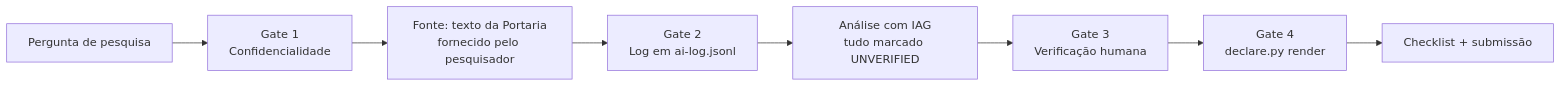
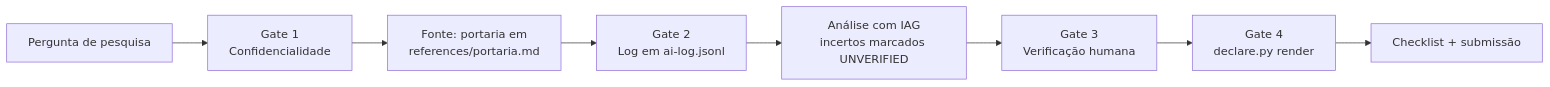
The diagram in docs/demo.md (haquiticos/iag-disclosure), drawn with Mermaid before and after one commit. The commit also changed other lines of this file, not shown here.

Commit message:
docs: demo com instalação no omp, execução da skill e geração das declarações

````diff
--- a/docs/demo.md
+++ b/docs/demo.md
@@ -16,10 +77,10 @@
 ```mermaid
 flowchart LR
     Q[Pergunta de pesquisa] --> G1[Gate 1<br>Confidencialidade]
-    G1 --> F[Fonte: texto da Portaria<br>fornecido pelo pesquisador]
+    G1 --> F[Fonte: portaria em<br>references/portaria.md]
     F --> G2[Gate 2<br>Log em ai-log.jsonl]
-    G2 --> A[Análise com IAG<br>tudo marcado UNVERIFIED]
+    G2 --> A[Análise com IAG<br>incertos marcados UNVERIFIED]
     A --> G3[Gate 3<br>Verificação humana]
     G3 --> G4[Gate 4<br>declare.py render]
     G4 --> S[Checklist + submissão]
 ```
````
